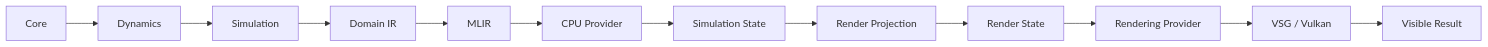
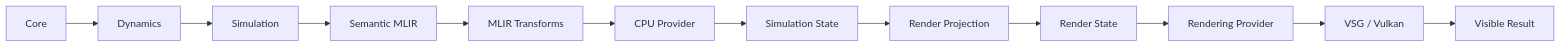
Diagram 12 of 15 in README.md (zharia/Semantic-Computational-Runtime), drawn with Mermaid before and after one commit. The commit also changed other lines of this file and 47 other files, not shown here.

First line of the commit message:
feat: MLIR-first architectural alignment pass

````diff
--- a/README.md
+++ b/README.md
@@ -666,17 +666,17 @@
 ```mermaid
 flowchart LR
     A["Core"]
     B["Dynamics"]
     C["Simulation"]
-    D["Domain IR"]
-    E["MLIR"]
+    D["Semantic MLIR"]
+    E["MLIR Transforms"]
     F["CPU Provider"]
     G["Simulation State"]
     H["Render Projection"]
     I["Render State"]
     J["Rendering Provider"]
     K["VSG / Vulkan"]
     L["Visible Result"]
 
     A --> B --> C --> D --> E --> F --> G --> H --> I --> J --> K --> L
 ```
````
